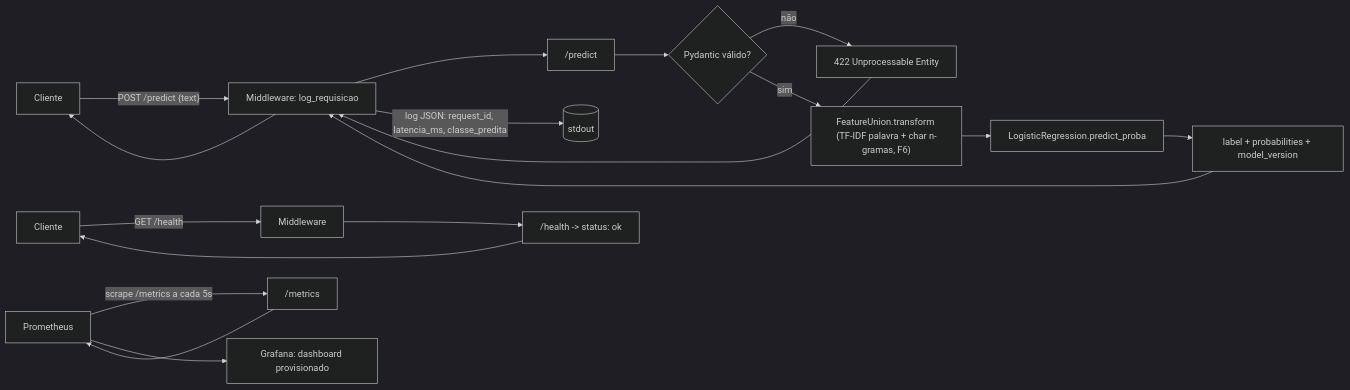
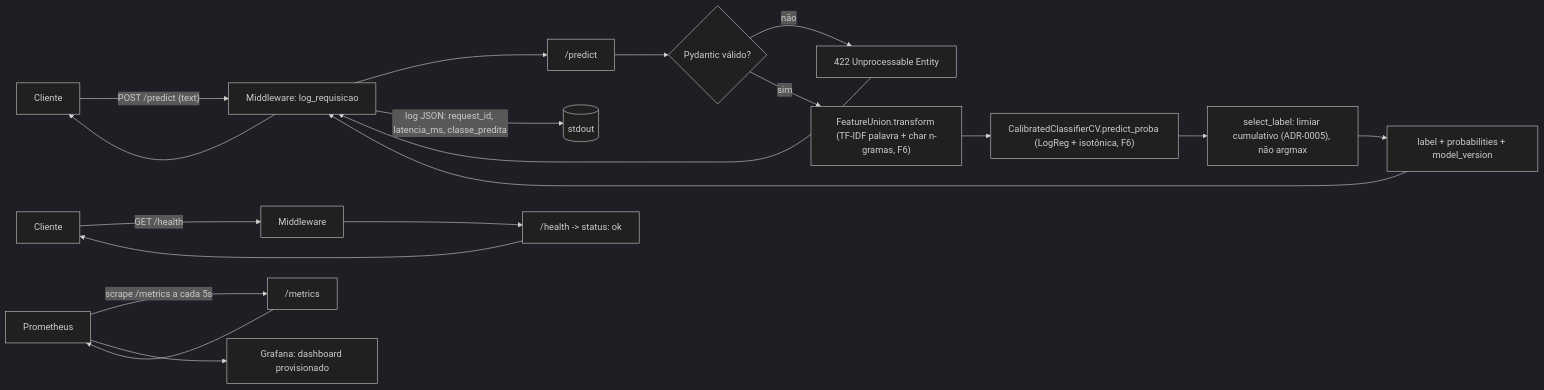
Before and after one commit to NycolasGarcia/Medical-Triage-NLP: the first of 2 diagrams in docs/ARCHITECTURE.md, drawn with Mermaid (dark theme). The commit also changed other lines of this file and 4 other files, not shown here.

````diff
--- a/docs/ARCHITECTURE.md
+++ b/docs/ARCHITECTURE.md
@@ -28,20 +28,21 @@
 ```mermaid
 flowchart LR
     C[Cliente] -->|"POST /predict {text}"| MW[Middleware: log_requisicao]
     MW --> EP["/predict"]
     EP --> VAL{Pydantic válido?}
     VAL -->|não| ERR["422 Unprocessable Entity"]
     VAL -->|sim| VEC["FeatureUnion.transform (TF-IDF palavra + char n-gramas, F6)"]
-    VEC --> CLF[LogisticRegression.predict_proba]
-    CLF --> RESP["label + probabilities + model_version"]
+    VEC --> CLF["CalibratedClassifierCV.predict_proba (LogReg + isotônica, F6)"]
+    CLF --> THR["select_label: limiar cumulativo (ADR-0005), não argmax"]
+    THR --> RESP["label + probabilities + model_version"]
     RESP --> MW
     ERR --> MW
     MW -->|"log JSON: request_id, latencia_ms, classe_predita"| LOG[(stdout)]
     MW --> C
 
     H[Cliente] -->|GET /health| MW2[Middleware] --> HE["/health -> status: ok"] --> H
 
     P[Prometheus] -->|"scrape /metrics a cada 5s"| ME["/metrics"]
     ME --> P
     P --> G[Grafana: dashboard provisionado]
 ```
````
